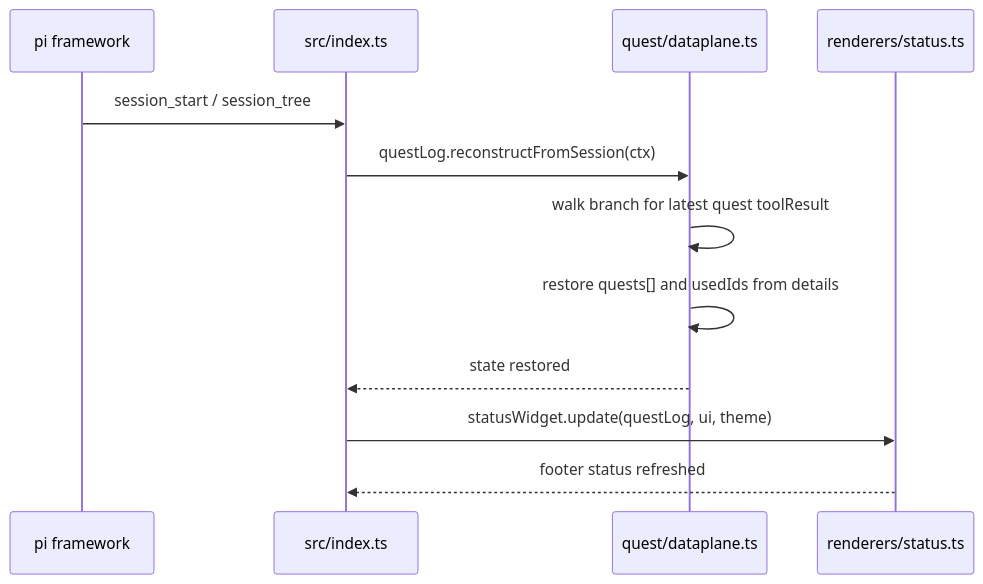
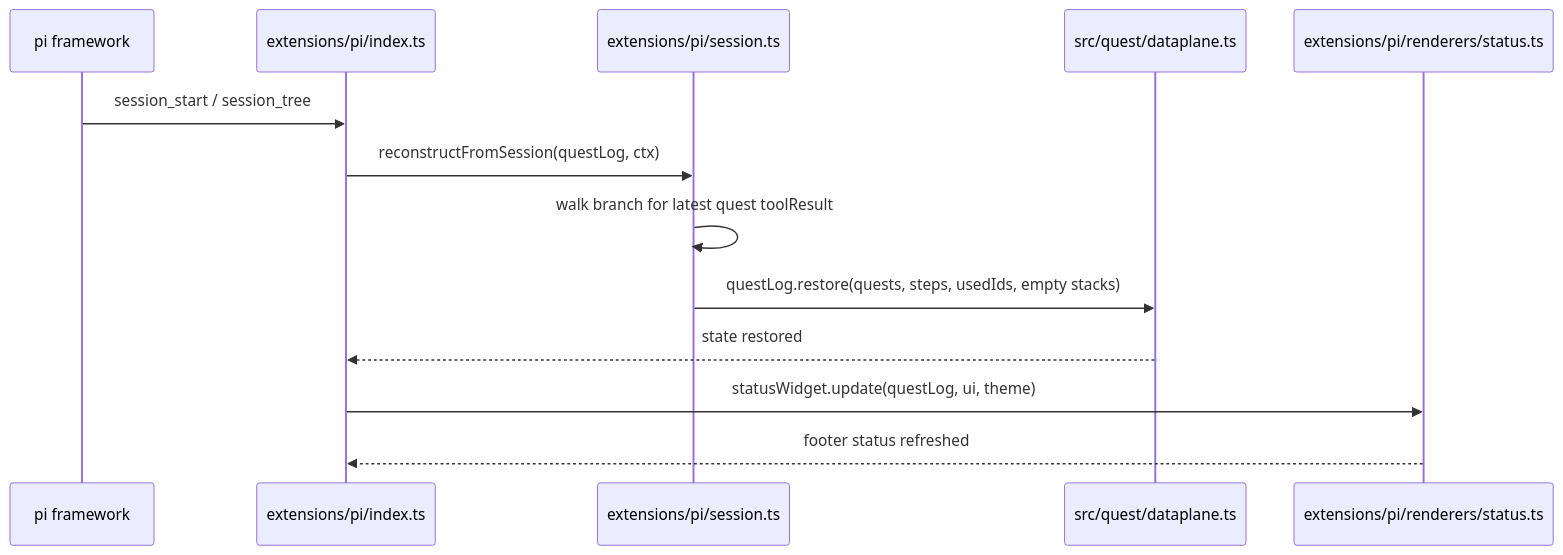
One commit to kalindudc/quests changed the fourth of 4 diagrams in docs/architecture.md. Above: the diagram before and after it, drawn with Mermaid. The commit also changed other lines of this file and 104 other files, not shown here.

````diff
--- a/docs/architecture.md
+++ b/docs/architecture.md
@@ -115,15 +174,16 @@
 ```mermaid
 sequenceDiagram
     participant pi as pi framework
-    participant index as src/index.ts
-    participant dataplane as quest/dataplane.ts
-    participant status as renderers/status.ts
+    participant index as extensions/pi/index.ts
+    participant adapter as extensions/pi/session.ts
+    participant dataplane as src/quest/dataplane.ts
+    participant status as extensions/pi/renderers/status.ts
 
     pi->>index: session_start / session_tree
-    index->>dataplane: questLog.reconstructFromSession(ctx)
-    dataplane->>dataplane: walk branch for latest quest toolResult
-    dataplane->>dataplane: restore quests[] and usedIds from details
+    index->>adapter: reconstructFromSession(questLog, ctx)
+    adapter->>adapter: walk branch for latest quest toolResult
+    adapter->>dataplane: questLog.restore(quests, steps, usedIds, empty stacks)
     dataplane-->>index: state restored
     index->>status: statusWidget.update(questLog, ui, theme)
     status-->>index: footer status refreshed
 ```
````
